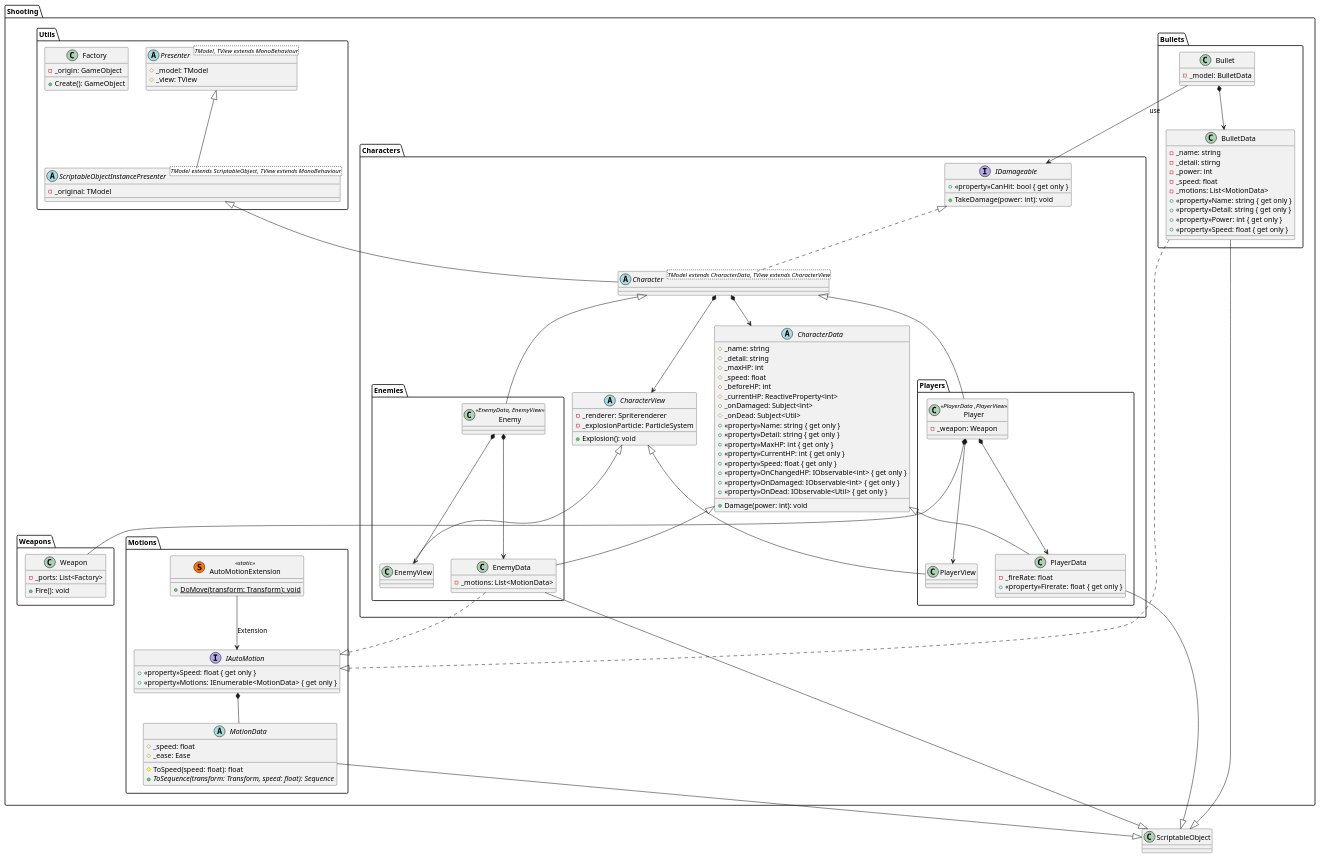
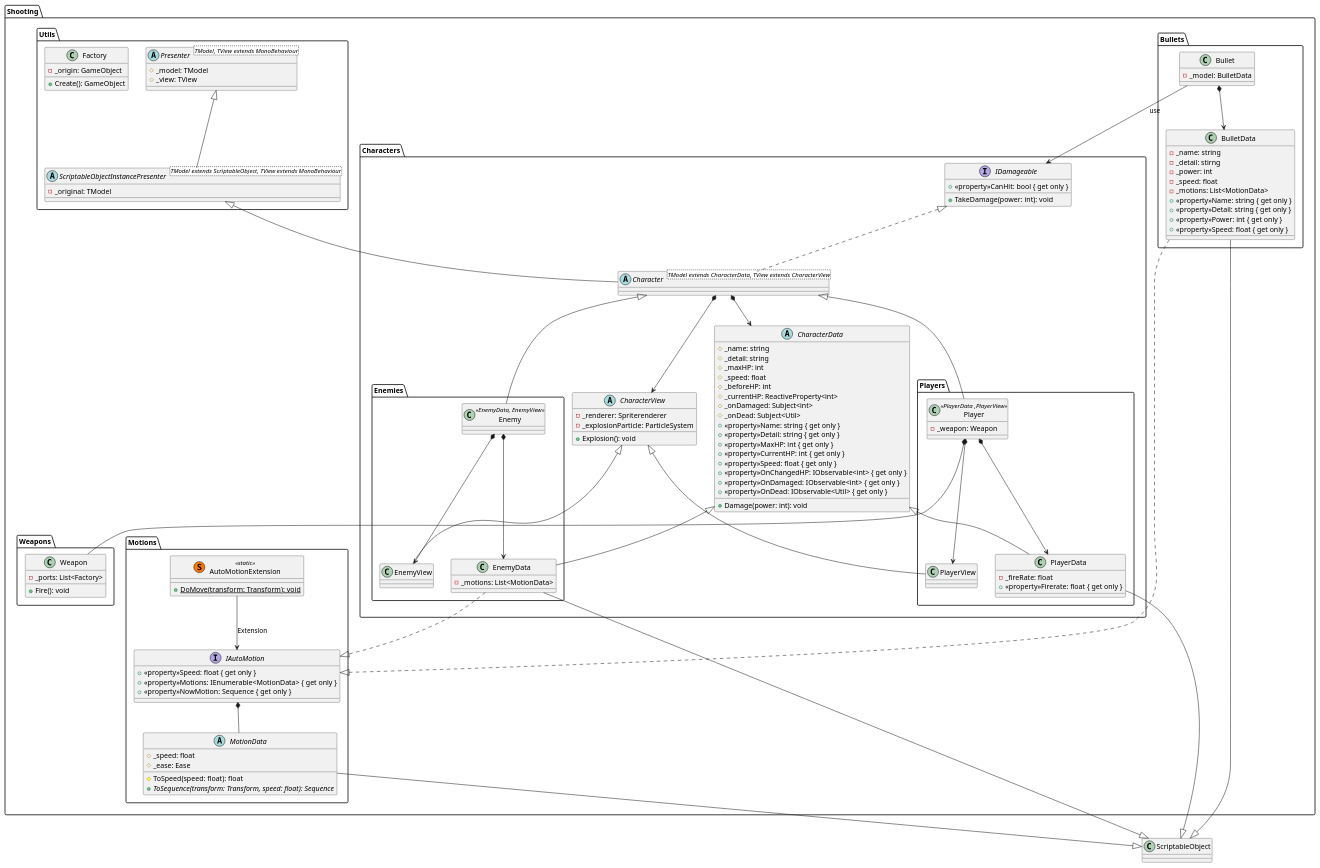
Before and after one commit to nmskm240/MagicalShooter: the diagram in Assets/UML/ClassDiaglam.pu, drawn with PlantUML. The commit also changed 7 other files, not shown here.

```diff
--- a/Assets/UML/ClassDiaglam.pu
+++ b/Assets/UML/ClassDiaglam.pu
@@ -1,158 +1,159 @@
 @startuml Shooting
 
 package Shooting
 {
     package Bullets
     {
         class Bullet
         {
             -_model: BulletData
         }
         class BulletData
         {
             -_name: string
             -_detail: stirng
             -_power: int
             -_speed: float
             -_motions: List<MotionData>
             +<<property>>Name: string { get only }
             +<<property>>Detail: string { get only }
             +<<property>>Power: int { get only }
             +<<property>>Speed: float { get only }
         }
     }
     package Characters
     {
         package Enemies
         {
             class Enemy<<EnemyData, EnemyView>>
             class EnemyData
             {
                 -_motions: List<MotionData>
             }
             class EnemyView
         }
         package Players
         {
             class Player<<PlayerData ,PlayerView>>
             {
                 -_weapon: Weapon
             }
             class PlayerData
             {
                 -_fireRate: float
                 +<<property>>Firerate: float { get only }
             }
             class PlayerView
         }
         abstract Character<TModel extends CharacterData, TView extends CharacterView>
         abstract CharacterData
         {
             #_name: string
             #_detail: string
             #_maxHP: int
             #_speed: float
             #_beforeHP: int
             #_currentHP: ReactiveProperty<int>
             #_onDamaged: Subject<int>
             #_onDead: Subject<Util>
             +<<property>>Name: string { get only }
             +<<property>>Detail: string { get only }
             +<<property>>MaxHP: int { get only }
             +<<property>>CurrentHP: int { get only }
             +<<property>>Speed: float { get only }
             +<<property>>OnChangedHP: IObservable<int> { get only }
             +<<property>>OnDamaged: IObservable<int> { get only }
             +<<property>>OnDead: IObservable<Util> { get only }
             +Damage(power: int): void
         }
         abstract CharacterView
         {
             -_renderer: Spriterenderer
             -_explosionParticle: ParticleSystem
             +Explosion(): void
         }
         interface IDamageable
         {
             +<<property>>CanHit: bool { get only }
             +TakeDamage(power: int): void
         }
     }
     package Motions
     {
         class AutoMotionExtension<<(S,#FF7700) static>>
         {
             +{static}DoMove(transform: Transform): void
         }
         abstract MotionData
         {
             #_speed: float
             #_ease: Ease
             #ToSpeed(speed: float): float
             +{abstract}ToSequence(transform: Transform, speed: float): Sequence
         }
         interface IAutoMotion
         {
             +<<property>>Speed: float { get only }
             +<<property>>Motions: IEnumerable<MotionData> { get only }
+            +<<property>>NowMotion: Sequence { get only }
         }
     }
     package Utils
     {
         class Factory
         {
             -_origin: GameObject
             +Create(): GameObject
         }
         abstract Presenter<TModel, TView extends MonoBehaviour>
         {
             #_model: TModel
             #_view: TView
         }
         abstract ScriptableObjectInstancePresenter<TModel extends ScriptableObject, TView extends MonoBehaviour>
         {
             -_original: TModel
         }
     }
     package Weapons
     {
         class Weapon
         {
             -_ports: List<Factory>
             +Fire(): void
         }
     }
 }
 
 BulletData --|> ScriptableObject
 EnemyData --|> ScriptableObject
 PlayerData --|> ScriptableObject
 MotionData --|> ScriptableObject
 ScriptableObjectInstancePresenter -up-|> Presenter
 Character -up-|> ScriptableObjectInstancePresenter
 Enemy -up-|> Character
 EnemyData -up-|> CharacterData
 EnemyView -up-|> CharacterView
 Player -up-|> Character
 PlayerData -up-|> CharacterData
 PlayerView -up-|> CharacterView
 
 Character .up.|> IDamageable
 BulletData ..|> IAutoMotion
 EnemyData ..|> IAutoMotion
 
 Player *-- Weapon
 IAutoMotion *-- MotionData
 
 Bullet *--> BulletData
 Character *--> CharacterData
 Character *--> CharacterView
 Enemy *--> EnemyData
 Enemy *--> EnemyView
 Player *--> PlayerData
 Player *--> PlayerView
 
 Bullet --> IDamageable : use
 AutoMotionExtension --> IAutoMotion : Extension
 
 @enduml
```
